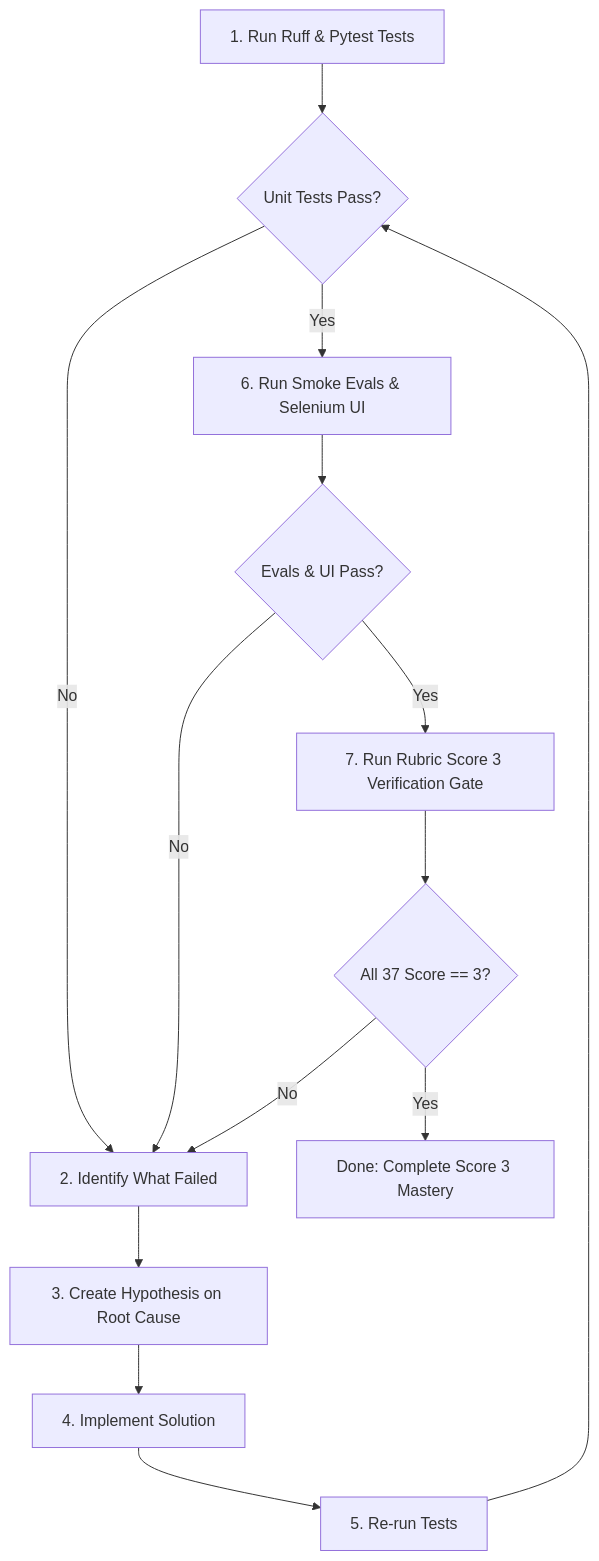
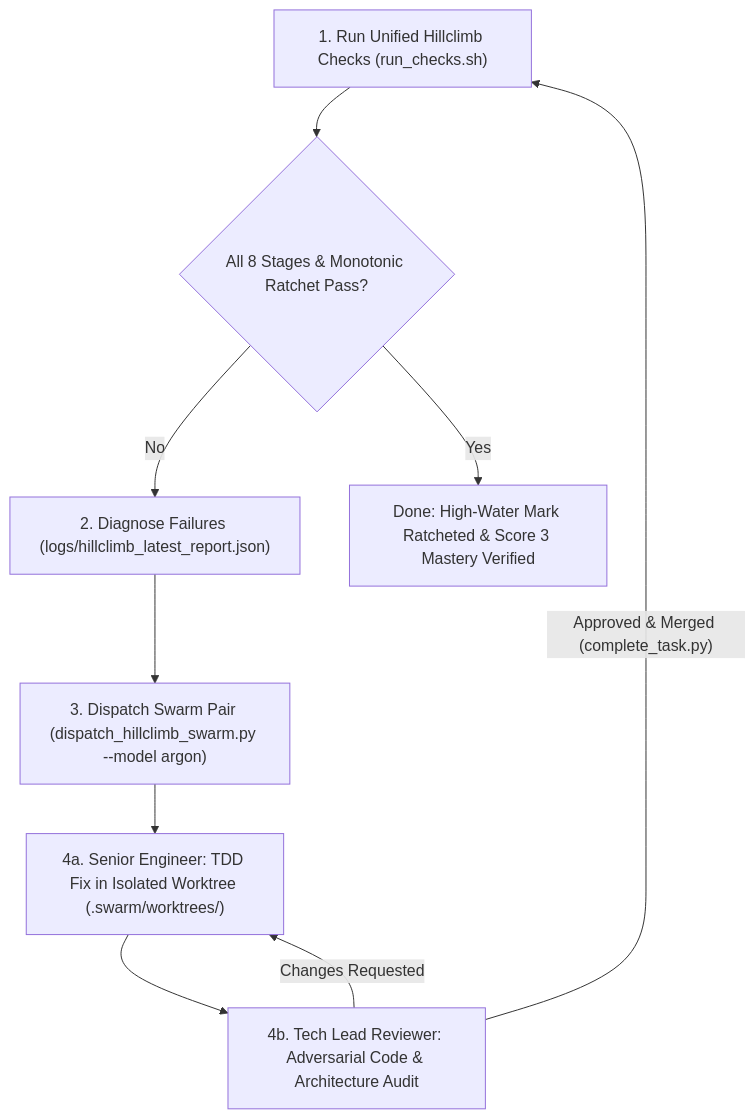
The diagram in skills/hillclimb/SKILL.md (willie3838/williamc-ecomm-capstone), drawn with Mermaid before and after one commit. The commit also changed other lines of this file and 13 other files, not shown here.

Commit message:
chore(skills): align Code vs Argon LLM agent responsibilities and hillclimb swarm

````diff
--- a/skills/hillclimb/SKILL.md
+++ b/skills/hillclimb/SKILL.md
@@ -14,16 +14,11 @@
 ```mermaid
 flowchart TD
-    A["1. Run Ruff & Pytest Tests"] --> B{"Unit Tests Pass?"}
-    B -- No --> D["2. Identify What Failed"]
-    D --> E["3. Create Hypothesis on Root Cause"]
-    E --> F["4. Implement Solution"]
-    F --> G["5. Re-run Tests"]
-    G --> B
-    B -- Yes --> H["6. Run Smoke Evals & Selenium UI"]
-    H --> I{"Evals & UI Pass?"}
-    I -- No --> D
-    I -- Yes --> J["7. Run Rubric Score 3 Verification Gate"]
-    J --> K{"All 37 Score == 3?"}
-    K -- No --> D
-    K -- Yes --> C["Done: Complete Score 3 Mastery"]
+    A["1. Run Unified Hillclimb Checks (run_checks.sh)"] --> B{"All 8 Stages & Monotonic Ratchet Pass?"}
+    B -- No --> D["2. Diagnose Failures (logs/hillclimb_latest_report.json)"]
+    D --> E["3. Dispatch Swarm Pair (dispatch_hillclimb_swarm.py --model argon)"]
+    E --> F["4a. Senior Engineer: TDD Fix in Isolated Worktree (.swarm/worktrees/)"]
+    F --> G["4b. Tech Lead Reviewer: Adversarial Code & Architecture Audit"]
+    G -- "Changes Requested" --> F
+    G -- "Approved & Merged (complete_task.py)" --> A
+    B -- Yes --> C["Done: High-Water Mark Ratcheted & Score 3 Mastery Verified"]
 ```
````
